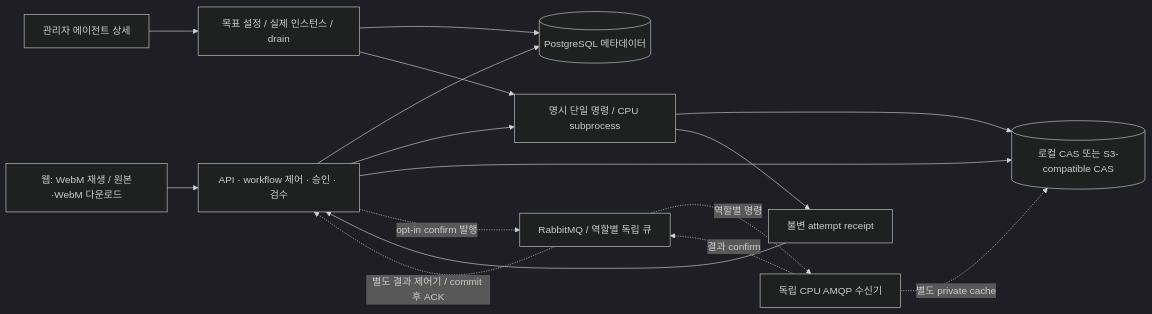
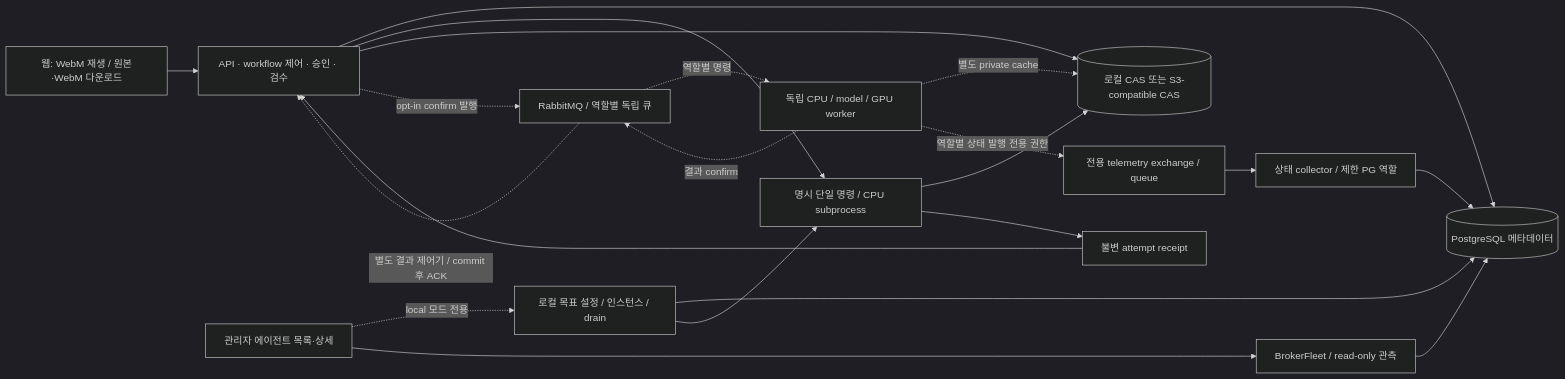
Before and after one commit to orderthan31/mediagent: the diagram in docs/plans/architect.md, drawn with Mermaid (dark theme). The commit also changed other lines of this file and 1 other file, not shown here.

Commit message:
docs: record deployed single-instance worker telemetry acceptance

````diff
--- a/docs/plans/architect.md
+++ b/docs/plans/architect.md
@@ -13,18 +13,23 @@
 ```mermaid
 flowchart LR
   Web[웹: WebM 재생 / 원본·WebM 다운로드] --> App[API · workflow 제어 · 승인 · 검수]
   App --> PG[(PostgreSQL 메타데이터)]
   App --> CPU[명시 단일 명령 / CPU subprocess]
-  Admin[관리자 에이전트 상세] --> Fleet[목표 설정 / 실제 인스턴스 / drain]
+  Admin[관리자 에이전트 목록·상세] -. local 모드 전용 .-> Fleet[로컬 목표 설정 / 인스턴스 / drain]
   Fleet --> PG
   Fleet --> CPU
   App --> Objects[(로컬 CAS 또는 S3-compatible CAS)]
   CPU --> Objects
   CPU --> Receipt[불변 attempt receipt]
   Receipt --> App
   App -. opt-in confirm 발행 .-> Broker[RabbitMQ / 역할별 독립 큐]
-  Broker -. 역할별 명령 .-> Independent[독립 CPU AMQP 수신기]
+  Broker -. 역할별 명령 .-> Independent[독립 CPU / model / GPU worker]
   Independent -. 결과 confirm .-> Broker
   Broker -. 별도 결과 제어기 / commit 후 ACK .-> App
   Independent -. 별도 private cache .-> Objects
+  Independent -. 역할별 상태 발행 전용 권한 .-> StatusMQ[전용 telemetry exchange / queue]
+  StatusMQ --> Collector[상태 collector / 제한 PG 역할]
+  Collector --> PG
+  Admin --> Observation[BrokerFleet / read-only 관측]
+  Observation --> PG
 ```
````
